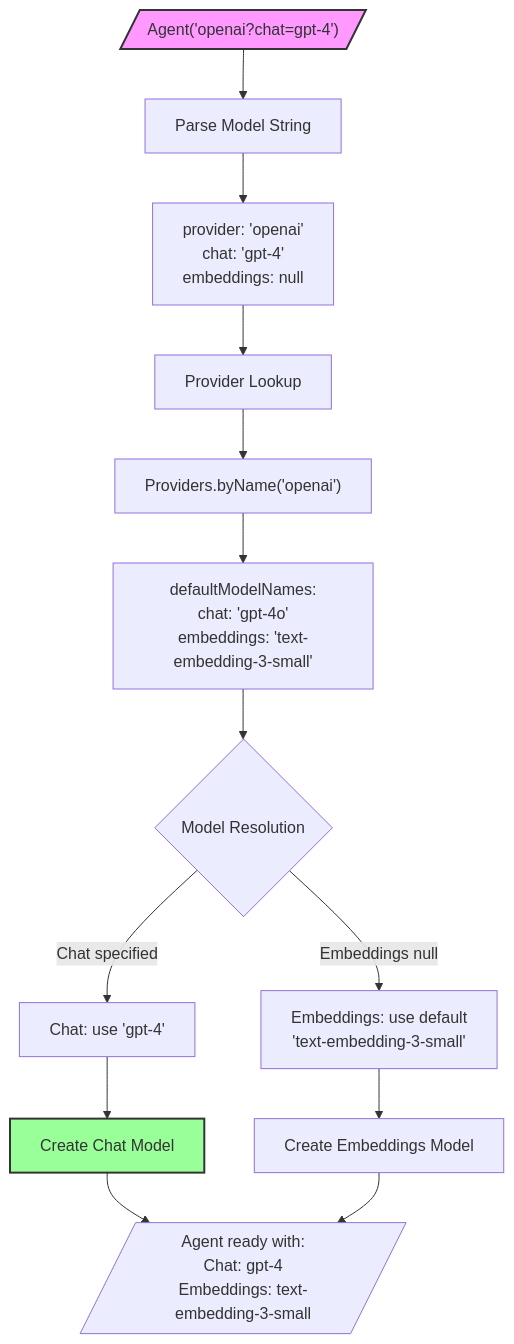
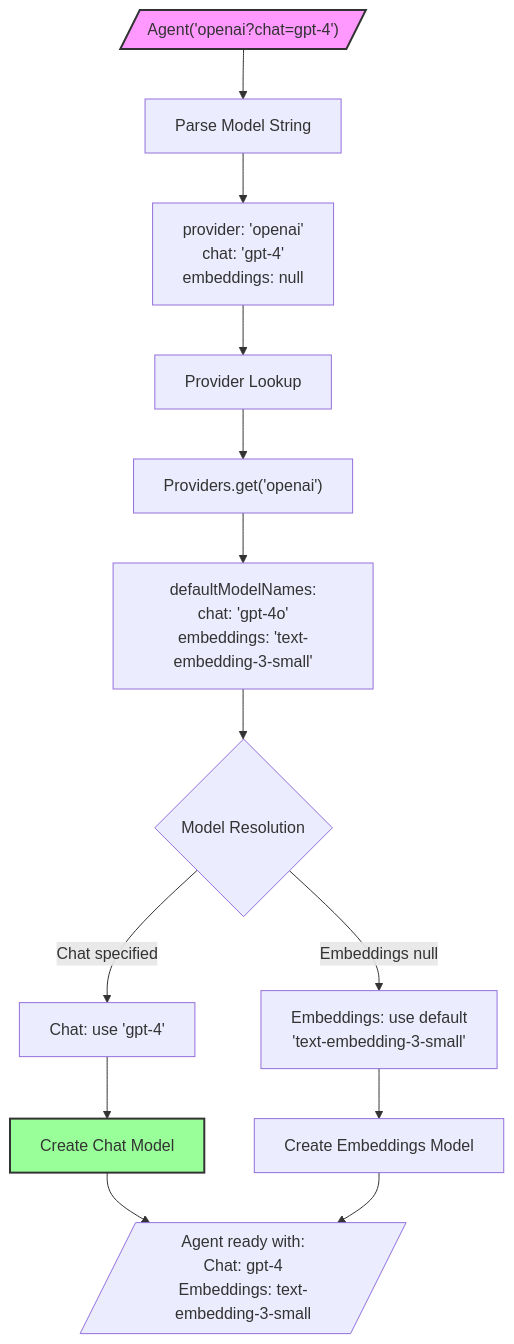
The second of 2 diagrams in wiki/Model-Configuration-Spec.md (jtmuller5/dartantic_ai), drawn with Mermaid before and after one commit. The commit also changed 25 other files, not shown here.

Commit message:
Refactor provider lookup method from `byName` to `get` across the codebase, updating related documentation and examples. Adjusted agent initialization to use message history instead of system prompts. Improved clarity in README and migration guide.

````diff
--- a/wiki/Model-Configuration-Spec.md
+++ b/wiki/Model-Configuration-Spec.md
@@ -64,22 +64,22 @@
 ```mermaid
 flowchart TD
     A[/"Agent('openai?chat=gpt-4')"/] --> B[Parse Model String]
     B --> C["provider: 'openai'<br/>chat: 'gpt-4'<br/>embeddings: null"]
     
     C --> D[Provider Lookup]
-    D --> E["Providers.byName('openai')"]
+    D --> E["Providers.get('openai')"]
     E --> F["defaultModelNames:<br/>chat: 'gpt-4o'<br/>embeddings: 'text-embedding-3-small'"]
     
     F --> G{Model Resolution}
     G -->|Chat specified| H["Chat: use 'gpt-4'"]
     G -->|Embeddings null| I["Embeddings: use default<br/>'text-embedding-3-small'"]
     
     H --> J[Create Chat Model]
     I --> K[Create Embeddings Model]
     
     J --> L[/"Agent ready with:<br/>Chat: gpt-4<br/>Embeddings: text-embedding-3-small"/]
     K --> L
     
     style A fill:#f9f,stroke:#333,stroke-width:2px
     style J fill:#9f9,stroke:#333,stroke-width:2px
 ```
````
